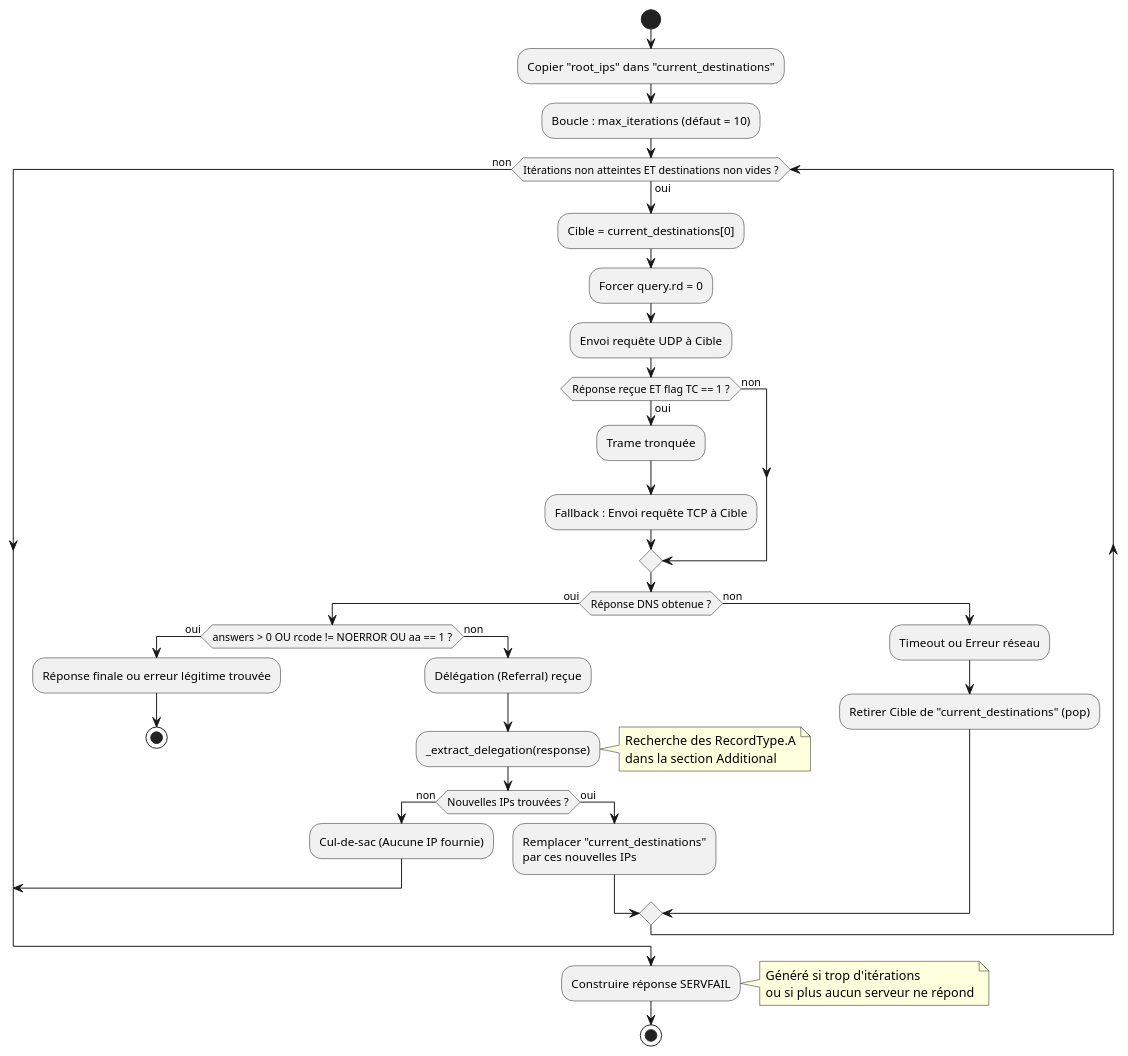
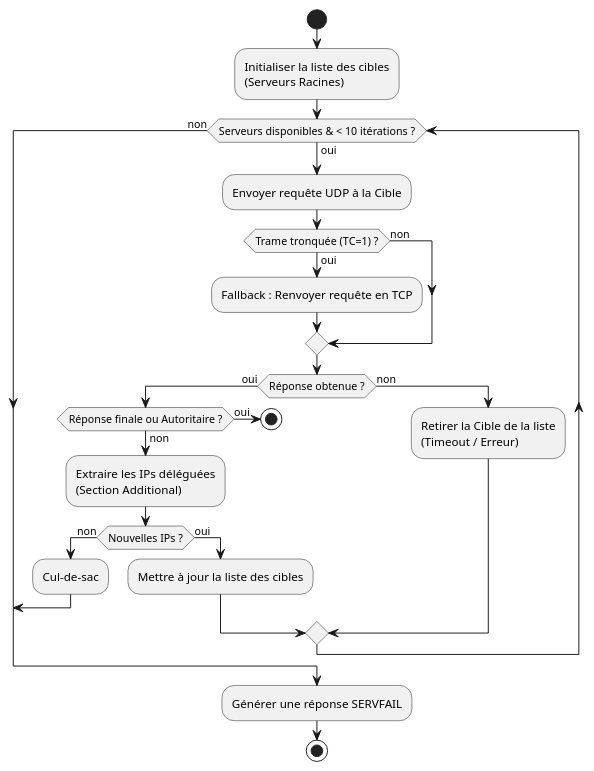
One commit to StSvedar/padr-DNS changed the diagram in doc/schemas/acti_resolution.plantuml. Above: the diagram before and after it, drawn with PlantUML. The commit also changed 13 other files, not shown here.

```diff
--- a/doc/schemas/acti_resolution.plantuml
+++ b/doc/schemas/acti_resolution.plantuml
@@ -1,52 +1,37 @@
 @startuml
 
 start
-:Copier "root_ips" dans "current_destinations";
-:Boucle : max_iterations (défaut = 10);
+:Initialiser la liste des cibles\n(Serveurs Racines);
 
-while (Itérations non atteintes ET destinations non vides ?) is (oui)
-  :Cible = current_destinations[0];
-  :Forcer query.rd = 0;
+while (Serveurs disponibles & < 10 itérations ?) is (oui)
   
-  :Envoi requête UDP à Cible;
-  if (Réponse reçue ET flag TC == 1 ?) then (oui)
-    :Trame tronquée;
-    :Fallback : Envoi requête TCP à Cible;
+  :Envoyer requête UDP à la Cible;
+  
+  if (Trame tronquée (TC=1) ?) then (oui)
+    :Fallback : Renvoyer requête en TCP;
   else (non)
   endif
   
-  if (Réponse DNS obtenue ?) then (oui)
-    if (answers > 0 OU rcode != NOERROR OU aa == 1 ?) then (oui)
-      :Réponse finale ou erreur légitime trouvée;
+  if (Réponse obtenue ?) then (oui)
+    if (Réponse finale ou Autoritaire ?) then (oui)
       stop
     else (non)
-      :Délégation (Referral) reçue;
-      :_extract_delegation(response);
-      note right
-        Recherche des RecordType.A
-        dans la section Additional
-      end note
+      :Extraire les IPs déléguées\n(Section Additional);
       
-      if (Nouvelles IPs trouvées ?) then (non)
-        :Cul-de-sac (Aucune IP fournie);
+      if (Nouvelles IPs ?) then (non)
+        :Cul-de-sac;
         break
       else (oui)
-        :Remplacer "current_destinations" 
-        par ces nouvelles IPs;
+        :Mettre à jour la liste des cibles;
       endif
     endif
     
   else (non)
-    :Timeout ou Erreur réseau;
-    :Retirer Cible de "current_destinations" (pop);
+    :Retirer la Cible de la liste\n(Timeout / Erreur);
   endif
   
 endwhile (non)
 
-:Construire réponse SERVFAIL;
-note right
-  Généré si trop d'itérations
-  ou si plus aucun serveur ne répond
-end note
+:Générer une réponse SERVFAIL;
 stop
 @enduml
```
